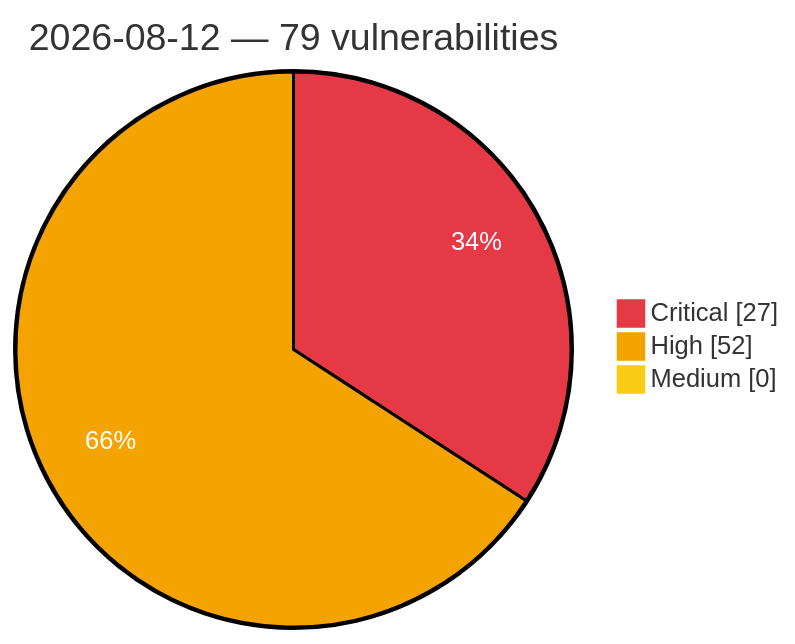
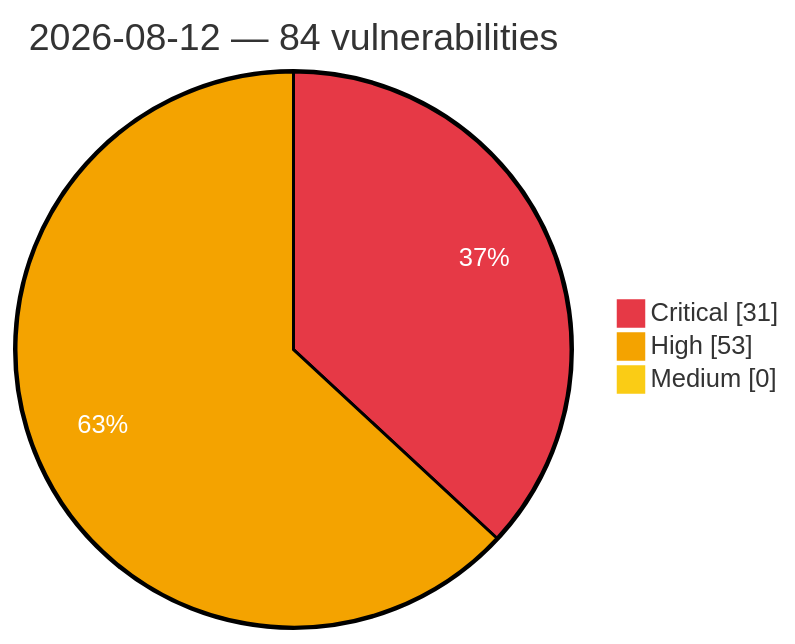
Before and after one commit to GhostX0X/vuln-tracker: the diagram in vulnerabilities/2026/August/2026-08-12.md, drawn with Mermaid. The commit also changed other lines of this file and 5 other files, not shown here.

Commit message:
Auto update: critical/high vulns (2026-08-12 21:28 UTC)

````diff
--- a/vulnerabilities/2026/August/2026-08-12.md
+++ b/vulnerabilities/2026/August/2026-08-12.md
@@ -3,8 +3,8 @@
 ```mermaid
 %%{init: {'theme':'base', 'themeVariables': {'pie1':'#e63946', 'pie2':'#f4a300', 'pie3':'#facc15', 'pieOpacity':'1', 'pieOuterStrokeWidth':'2px', 'pieSectionTextColor':'#ffffff'}}}%%
 pie showData
-    title 2026-08-12 — 79 vulnerabilities
-    "Critical" : 27
-    "High" : 52
+    title 2026-08-12 — 84 vulnerabilities
+    "Critical" : 31
+    "High" : 53
     "Medium" : 0
 ```
````
